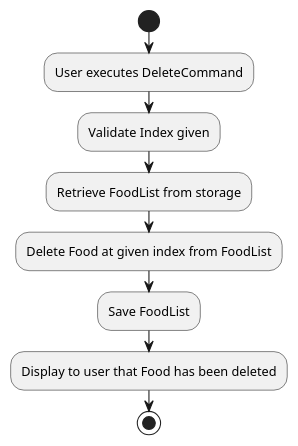
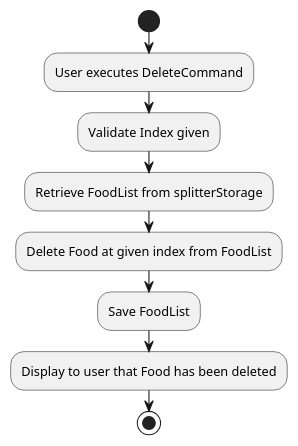
Before and after one commit to nus-cs2103-AY1920S2/addressbook-level3: the diagram in docs/diagrams/DeleteFoodActivityDiagram.puml, drawn with PlantUML. The commit also changed 226 other files, not shown here.

```diff
--- a/docs/diagrams/DeleteFoodActivityDiagram.puml
+++ b/docs/diagrams/DeleteFoodActivityDiagram.puml
@@ -1,10 +1,10 @@
 @startuml
 start
 :User executes DeleteCommand;
  :Validate Index given;
- :Retrieve FoodList from storage;
+ :Retrieve FoodList from splitterStorage;
  :Delete Food at given index from FoodList;
  :Save FoodList;
  :Display to user that Food has been deleted;
  stop
  @enduml
```
